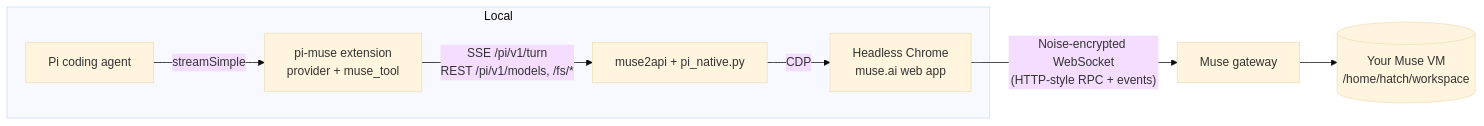
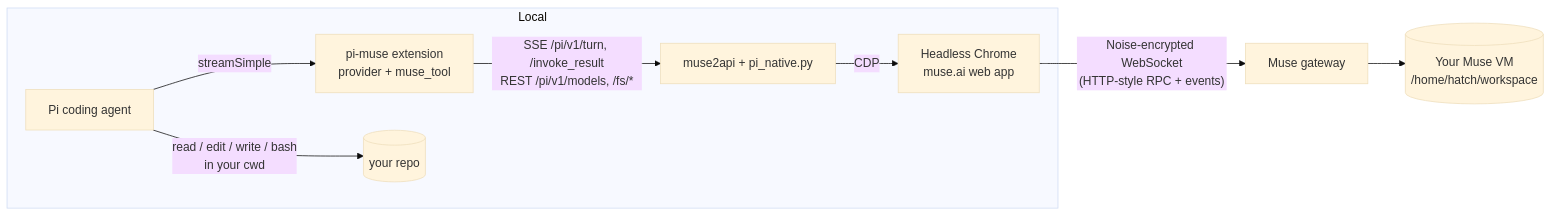
The first of 3 diagrams in README.md (thoitiettxl-cyber/pi-muse), drawn with Mermaid (base theme) before and after one commit. The commit also changed other lines of this file and 9 other files, not shown here.

First line of the commit message:
Local workspace: Muse works on the repo open in Pi

````diff
--- a/README.md
+++ b/README.md
@@ -55,10 +81,11 @@
 ```mermaid
 flowchart LR
   subgraph Local
     PI[Pi coding agent] -- streamSimple --> EXT[pi-muse extension<br/>provider + muse_tool]
-    EXT -- "SSE /pi/v1/turn<br/>REST /pi/v1/models, /fs/*" --> M2A[muse2api + pi_native.py]
+    PI -- "read / edit / write / bash<br/>in your cwd" --> REPO[(your repo)]
+    EXT -- "SSE /pi/v1/turn, /invoke_result<br/>REST /pi/v1/models, /fs/*" --> M2A[muse2api + pi_native.py]
     M2A -- CDP --> CH[Headless Chrome<br/>muse.ai web app]
   end
   CH -- "Noise-encrypted WebSocket<br/>(HTTP-style RPC + events)" --> GW[Muse gateway]
   GW --> VM[(Your Muse VM<br/>/home/hatch/workspace)]
 ```
````
